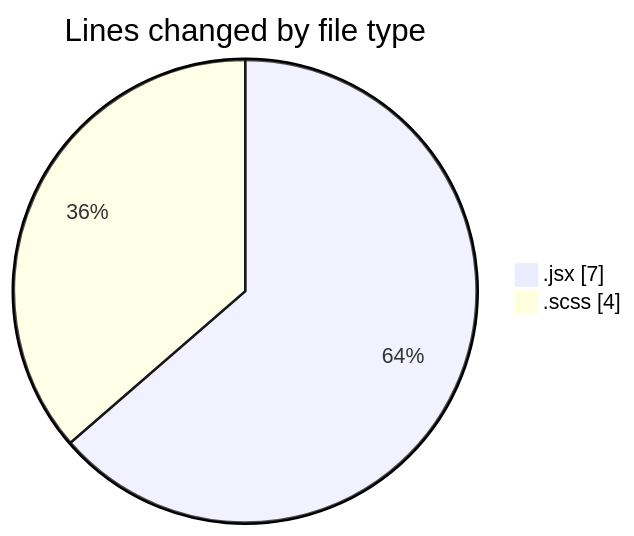
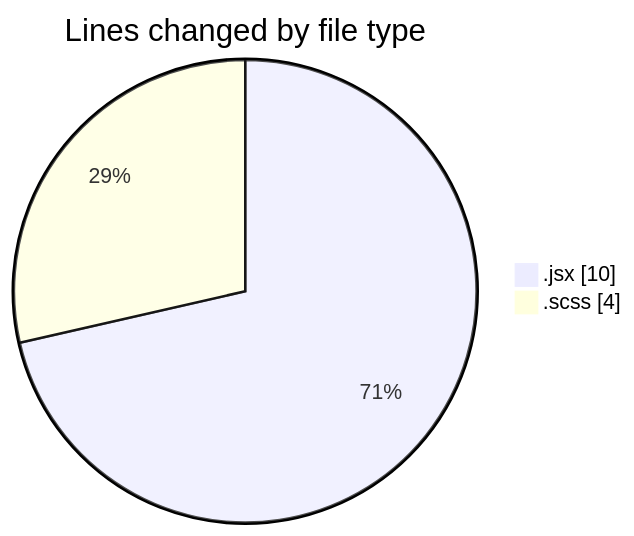
Before and after one commit to momahboobian/code-tracking: the first of 2 diagrams in 2025-06-04/cda/README.md, drawn with Mermaid. The commit also changed other lines of this file and 1 other file, not shown here.

````diff
--- a/2025-06-04/cda/README.md
+++ b/2025-06-04/cda/README.md
@@ -21,6 +21,6 @@
 ```mermaid
 pie showData
 title Lines changed by file type
-".jsx" : 7
+".jsx" : 10
 ".scss" : 4
 ```
````
